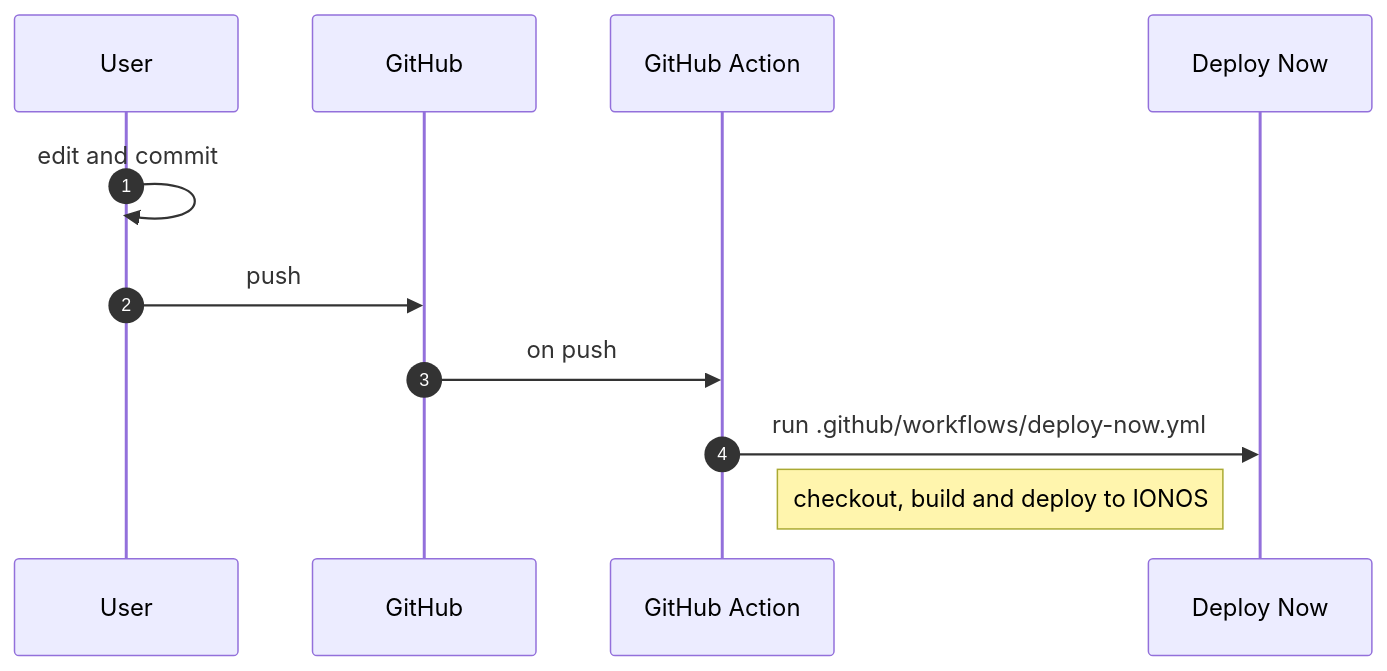
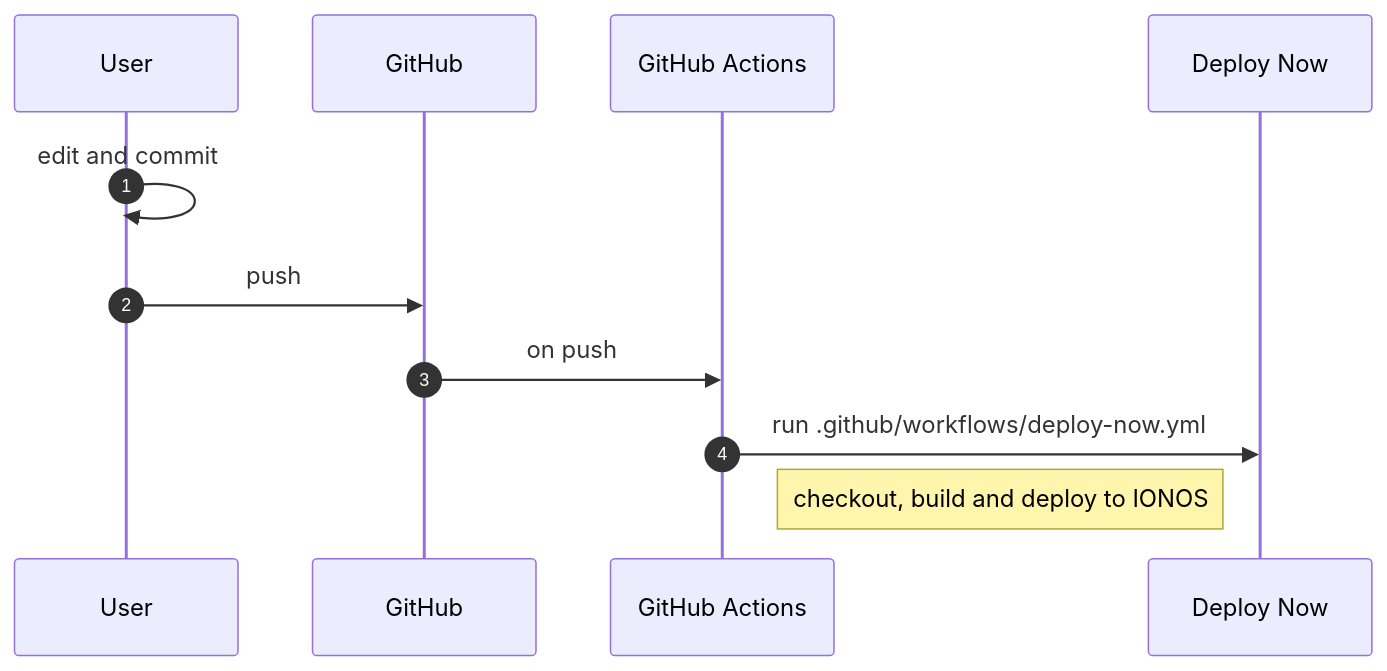
Before and after one commit to ionos-deploy-now/documentation: the first of 2 diagrams in content/docs/git-integration.md, drawn with Mermaid. The commit also changed other lines of this file, not shown here.

Commit message:
Update git-integration.md
fixed typos

```diff
--- a/content/docs/git-integration.md
+++ b/content/docs/git-integration.md
@@ -13,9 +13,9 @@
 ~~~mermaid
 sequenceDiagram
     autonumber
     User ->> User: edit and commit
     User ->> GitHub: push
-    GitHub ->> GitHub Action: on push
-    GitHub Action ->> Deploy Now: run .github/workflows/deploy-now.yml 
+    GitHub ->> GitHub Actions: on push
+    GitHub Actions ->> Deploy Now: run .github/workflows/deploy-now.yml 
     Note left of Deploy Now: checkout, build and deploy to IONOS
 ~~~
```
